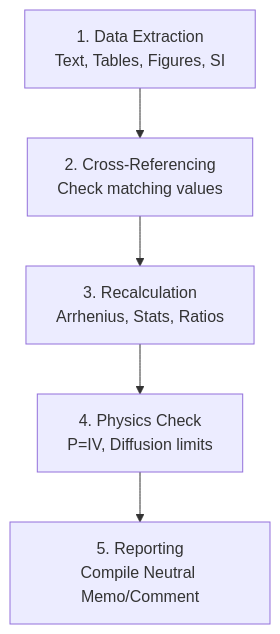
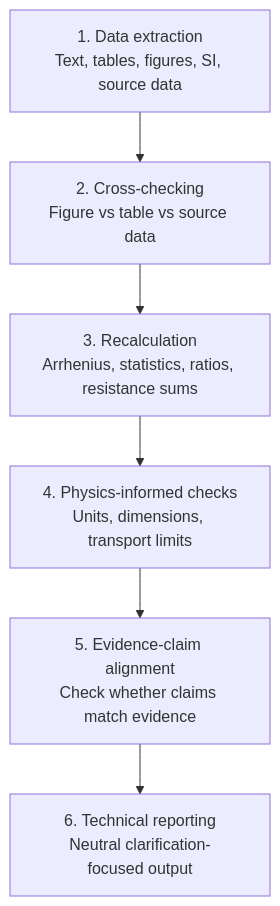
The diagram in README.md (YinBryn/academic-paper-data-consistency-audit), drawn with Mermaid before and after one commit. The commit also changed other lines of this file and 11 other files, not shown here.

````diff
--- a/README.md
+++ b/README.md
@@ -48,13 +57,8 @@
 ```mermaid
 graph TD
-    A[1. Data Extraction<br>Text, Tables, Figures, SI]
-    B[2. Cross-Referencing<br>Check matching values]
-    C[3. Recalculation<br>Arrhenius, Stats, Ratios]
-    D[4. Physics Check<br>P=IV, Diffusion limits]
-    E[5. Reporting<br>Compile Neutral Memo/Comment]
-
-    A --> B
-    B --> C
-    C --> D
-    D --> E
+    A["1. Data extraction<br/>Text, tables, figures, SI, source data"] --> B["2. Cross-checking<br/>Figure vs table vs source data"]
+    B --> C["3. Recalculation<br/>Arrhenius, statistics, ratios, resistance sums"]
+    C --> D["4. Physics-informed checks<br/>Units, dimensions, transport limits"]
+    D --> E["5. Evidence-claim alignment<br/>Check whether claims match evidence"]
+    E --> F["6. Technical reporting<br/>Neutral clarification-focused output"]
 ```
````
